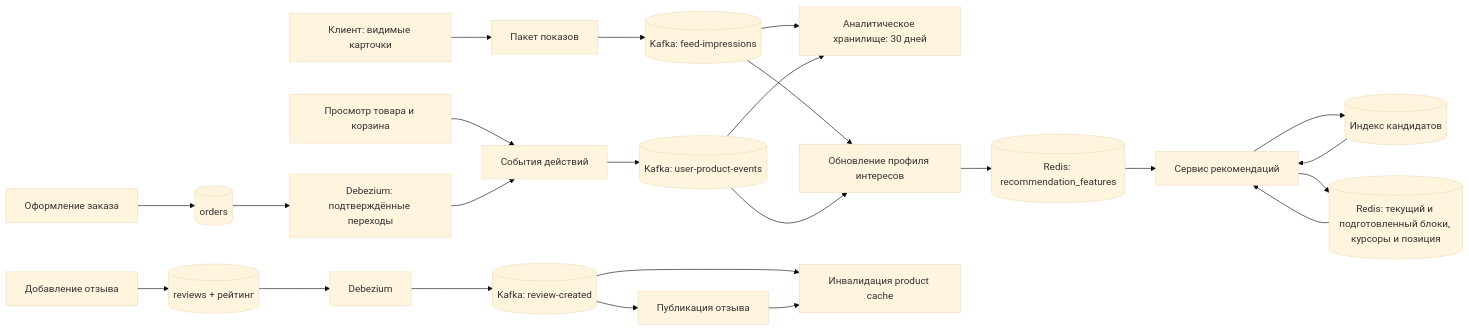
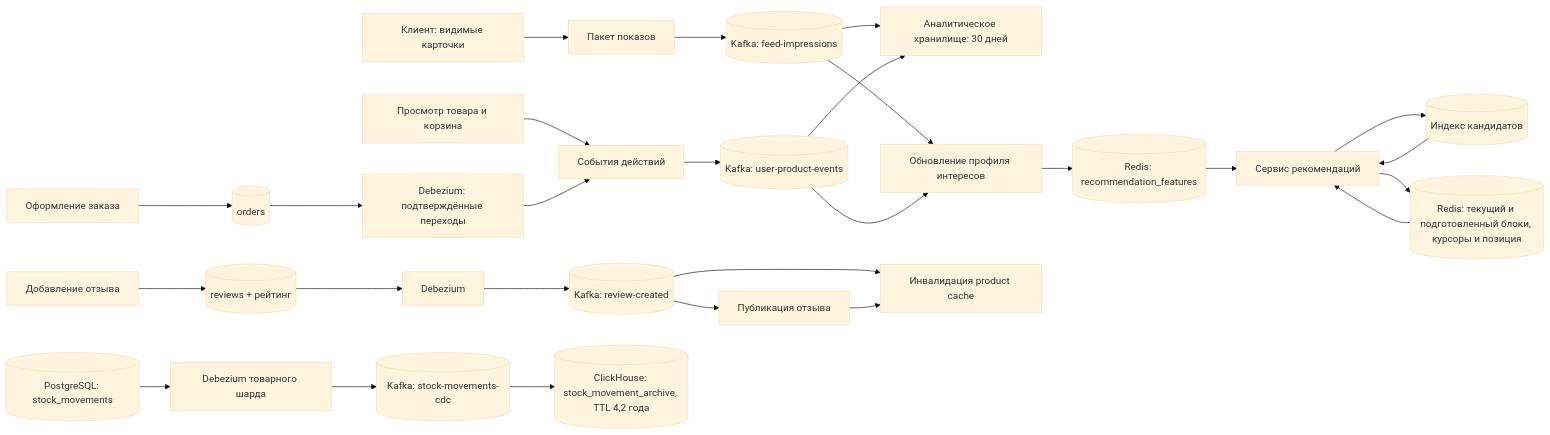
The fourth of 9 diagrams in README.md (amklimenkov752/tp_highload_2026), drawn with Mermaid (base theme) before and after one commit. The commit also changed other lines of this file, not shown here.

````diff
--- a/README.md
+++ b/README.md
@@ -830,27 +832,31 @@
 ```mermaid
 flowchart LR
     UI[Клиент: видимые карточки] --> TE[Пакет показов]
     A[Просмотр товара и корзина] --> UE[События действий]
     O[Оформление заказа] --> OB[(orders)]
     OB --> CDC[Debezium: подтверждённые переходы]
     CDC --> UE
     TE --> E[(Kafka: feed-impressions)]
     UE --> EV[(Kafka: user-product-events)]
     E --> AN[Аналитическое хранилище: 30 дней]
     EV --> AN
     E --> FC[Обновление профиля интересов]
     EV --> FC
     FC --> KV[(Redis: recommendation_features)]
     KV --> RS[Сервис рекомендаций]
     RS --> FI[(Индекс кандидатов)]
     FI --> RS
     RS --> FE[(Redis: текущий и подготовленный блоки, курсоры и позиция)]
     FE --> RS
 
     R[Добавление отзыва] --> DB[(reviews + рейтинг)]
     DB --> RCDC[Debezium]
     RCDC --> RE[(Kafka: review-created)]
     RE --> RP[Публикация отзыва]
     RE --> PC[Инвалидация product cache]
     RP --> PC
+
+    SM[(PostgreSQL: stock_movements)] --> SCDC[Debezium товарного шарда]
+    SCDC --> SE[(Kafka: stock-movements-cdc)]
+    SE --> SA[(ClickHouse: stock_movement_archive, TTL 4,2 года)]
 ```
````
